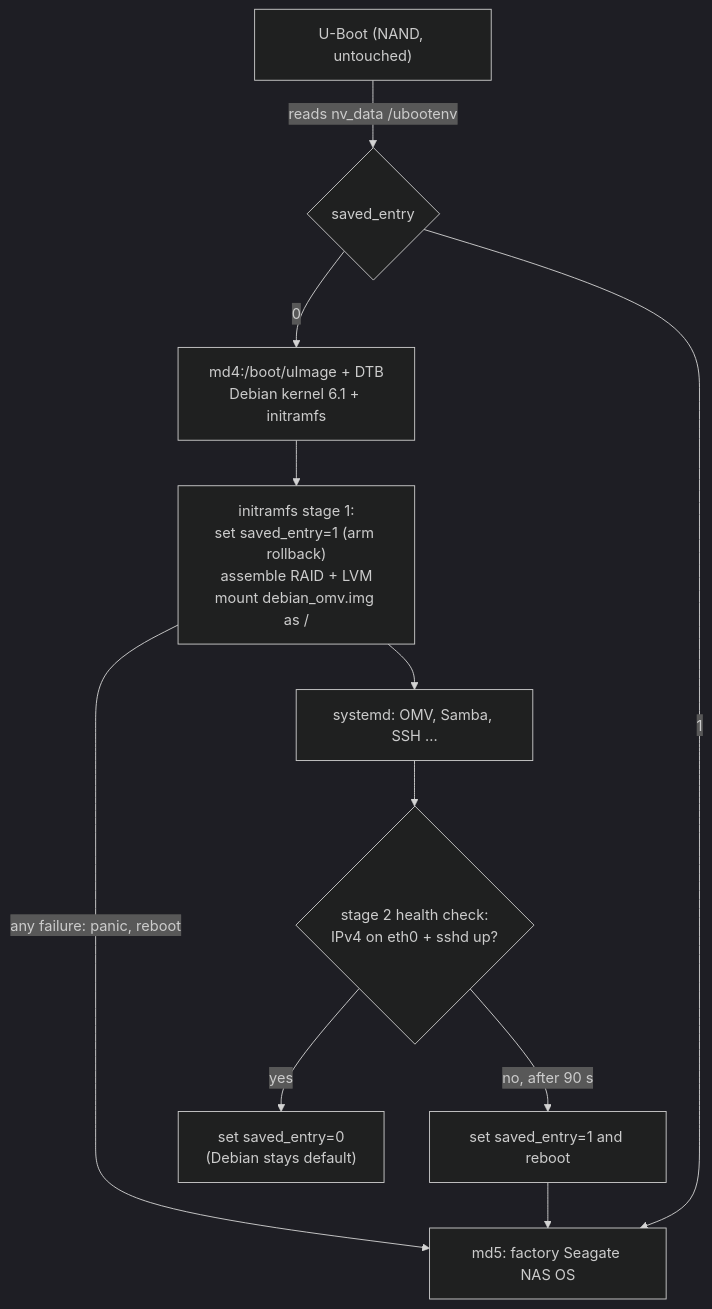
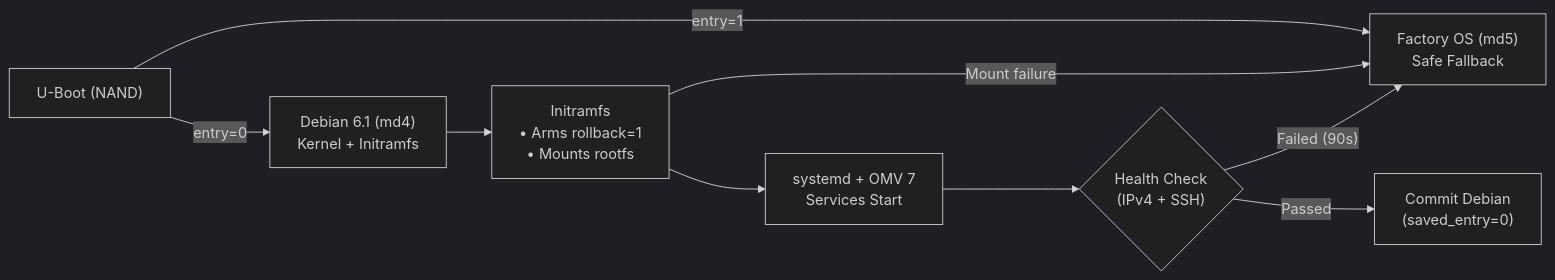
The diagram in README.md (laserbirdx/seagate-nas2bay-omv), drawn with Mermaid (dark theme) before and after one commit.

Commit message:
Make How it boots diagram horizontal and compact

````diff
--- a/README.md
+++ b/README.md
@@ -118,12 +118,13 @@
 ```mermaid
-flowchart TD
-    A["U-Boot (NAND, untouched)"] -->|"reads nv_data /ubootenv"| B{"saved_entry"}
-    B -->|"0"| C["md4:/boot/uImage + DTB<br/>Debian kernel 6.1 + initramfs"]
-    B -->|"1"| F["md5: factory Seagate NAS OS"]
-    C --> D["initramfs stage 1:<br/>set saved_entry=1 (arm rollback)<br/>assemble RAID + LVM<br/>mount debian_omv.img as /"]
-    D -->|"any failure: panic, reboot"| F
-    D --> E["systemd: OMV, Samba, SSH ..."]
-    E --> G{"stage 2 health check:<br/>IPv4 on eth0 + sshd up?"}
-    G -->|"yes"| H["set saved_entry=0<br/>(Debian stays default)"]
-    G -->|"no, after 90 s"| I["set saved_entry=1 and reboot"] --> F
+flowchart LR
+    UB["U-Boot (NAND)"] -->|"entry=0"| K["Debian 6.1 (md4)<br/>Kernel + Initramfs"]
+    UB -->|"entry=1"| STK["Factory OS (md5)<br/>Safe Fallback"]
+
+    K --> INIT["Initramfs<br/>• Arms rollback=1<br/>• Mounts rootfs"]
+    INIT -->|"Mount failure"| STK
+    INIT --> SYS["systemd + OMV 7<br/>Services Start"]
+
+    SYS --> CHK{"Health Check<br/>(IPv4 + SSH)"}
+    CHK -->|"Passed"| OK["Commit Debian<br/>(saved_entry=0)"]
+    CHK -->|"Failed (90s)"| STK
 ```
````
